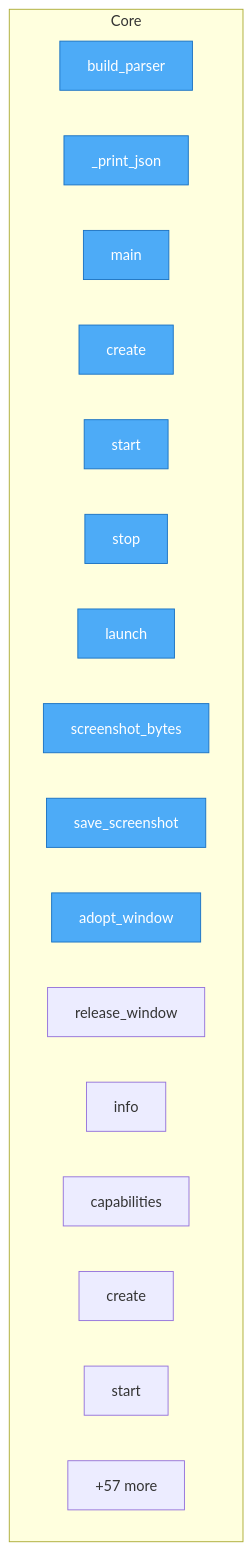
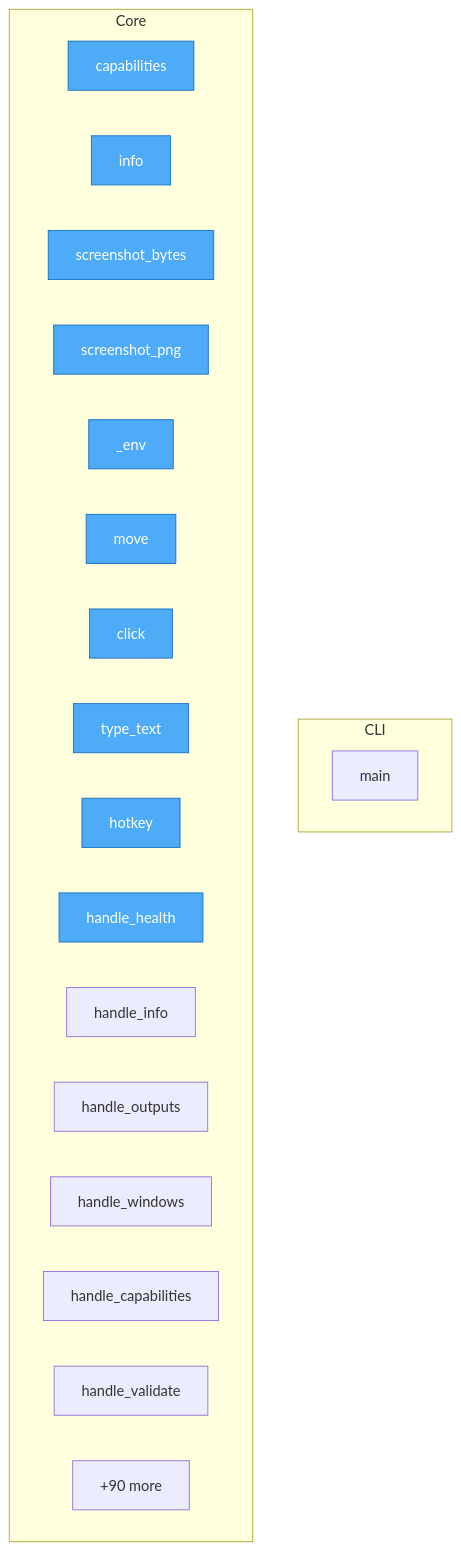
The diagram in project/flow.mmd (wronai/vdisplay), drawn with Mermaid before and after one commit. The commit also changed 48 other files, not shown here.

```diff
--- a/project/flow.mmd
+++ b/project/flow.mmd
@@ -1,26 +1,30 @@
 flowchart TD
-%% generated in 0.00s
+%% generated in 0.01s
 
     %% Entry points (blue)
     classDef entry fill:#4dabf7,stroke:#1971c2,color:#fff
 
-    subgraph Core
-        src__vdisplay__cli__build_parser["build_parser"]
-        src__vdisplay__cli___print_json["_print_json"]
-        src__vdisplay__cli__main["main"]
-        src__vdisplay__api__VirtualDisplaySession__create["create"]
-        src__vdisplay__api__VirtualDisplaySession__start["start"]
-        src__vdisplay__api__VirtualDisplaySession__stop["stop"]
-        src__vdisplay__api__VirtualDisplaySession__launch["launch"]
-        src__vdisplay__api__VirtualDisplaySession__screenshot_bytes["screenshot_bytes"]
-        src__vdisplay__api__VirtualDisplaySession__save_screenshot["save_screenshot"]
-        src__vdisplay__api__VirtualDisplaySession__adopt_window["adopt_window"]
-        src__vdisplay__api__VirtualDisplaySession__release_window["release_window"]
-        src__vdisplay__api__VirtualDisplaySession__info["info"]
-        src__vdisplay__api__VirtualDisplaySession__capabilities["capabilities"]
-        src__vdisplay__api__MirrorSession__create["create"]
-        src__vdisplay__api__MirrorSession__start["start"]
-        ...["+57 more"]
+    subgraph CLI
+        packages__cli2vdisplay__src__cli2vdisplay__cli__main["main"]
     end
 
-    class src__vdisplay__cli__build_parser,src__vdisplay__cli___print_json,src__vdisplay__cli__main,src__vdisplay__api__VirtualDisplaySession__create,src__vdisplay__api__VirtualDisplaySession__start,src__vdisplay__api__VirtualDisplaySession__stop,src__vdisplay__api__VirtualDisplaySession__launch,src__vdisplay__api__VirtualDisplaySession__screenshot_bytes,src__vdisplay__api__VirtualDisplaySession__save_screenshot,src__vdisplay__api__VirtualDisplaySession__adopt_window entry
+    subgraph Core
+        src__vdisplay__backends__mirror_stub__MirrorStubBackend__capabilities["capabilities"]
+        src__vdisplay__backends__mirror_stub__MirrorStubBackend__info["info"]
+        src__vdisplay__backends__mirror_stub__MirrorStubBackend__screenshot_bytes["screenshot_bytes"]
+        src__vdisplay__capture__base__CaptureBackend__screenshot_png["screenshot_png"]
+        src__vdisplay__input__linux_xdotool__LinuxXdotoolInput___env["_env"]
+        src__vdisplay__input__linux_xdotool__LinuxXdotoolInput__move["move"]
+        src__vdisplay__input__linux_xdotool__LinuxXdotoolInput__click["click"]
+        src__vdisplay__input__linux_xdotool__LinuxXdotoolInput__type_text["type_text"]
+        src__vdisplay__input__linux_xdotool__LinuxXdotoolInput__hotkey["hotkey"]
+        packages__dsl2vdisplay__src__dsl2vdisplay__handlers__query__handle_health["handle_health"]
+        packages__dsl2vdisplay__src__dsl2vdisplay__handlers__query__handle_info["handle_info"]
+        packages__dsl2vdisplay__src__dsl2vdisplay__handlers__query__handle_outputs["handle_outputs"]
+        packages__dsl2vdisplay__src__dsl2vdisplay__handlers__query__handle_windows["handle_windows"]
+        packages__dsl2vdisplay__src__dsl2vdisplay__handlers__query__handle_capabilities["handle_capabilities"]
+        packages__dsl2vdisplay__src__dsl2vdisplay__handlers__query__handle_validate["handle_validate"]
+        ...["+90 more"]
+    end
+
+    class src__vdisplay__backends__mirror_stub__MirrorStubBackend__capabilities,src__vdisplay__backends__mirror_stub__MirrorStubBackend__info,src__vdisplay__backends__mirror_stub__MirrorStubBackend__screenshot_bytes,src__vdisplay__capture__base__CaptureBackend__screenshot_png,src__vdisplay__input__linux_xdotool__LinuxXdotoolInput___env,src__vdisplay__input__linux_xdotool__LinuxXdotoolInput__move,src__vdisplay__input__linux_xdotool__LinuxXdotoolInput__click,src__vdisplay__input__linux_xdotool__LinuxXdotoolInput__type_text,src__vdisplay__input__linux_xdotool__LinuxXdotoolInput__hotkey,packages__dsl2vdisplay__src__dsl2vdisplay__handlers__query__handle_health entry
```
